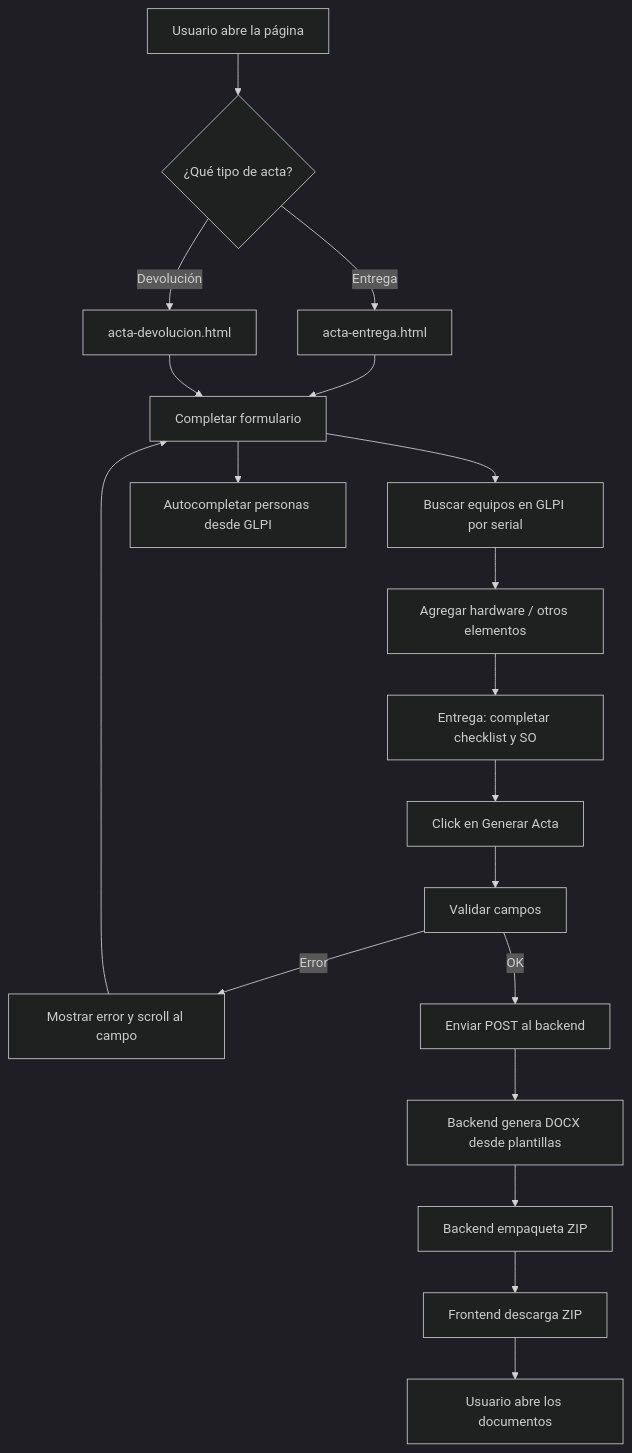
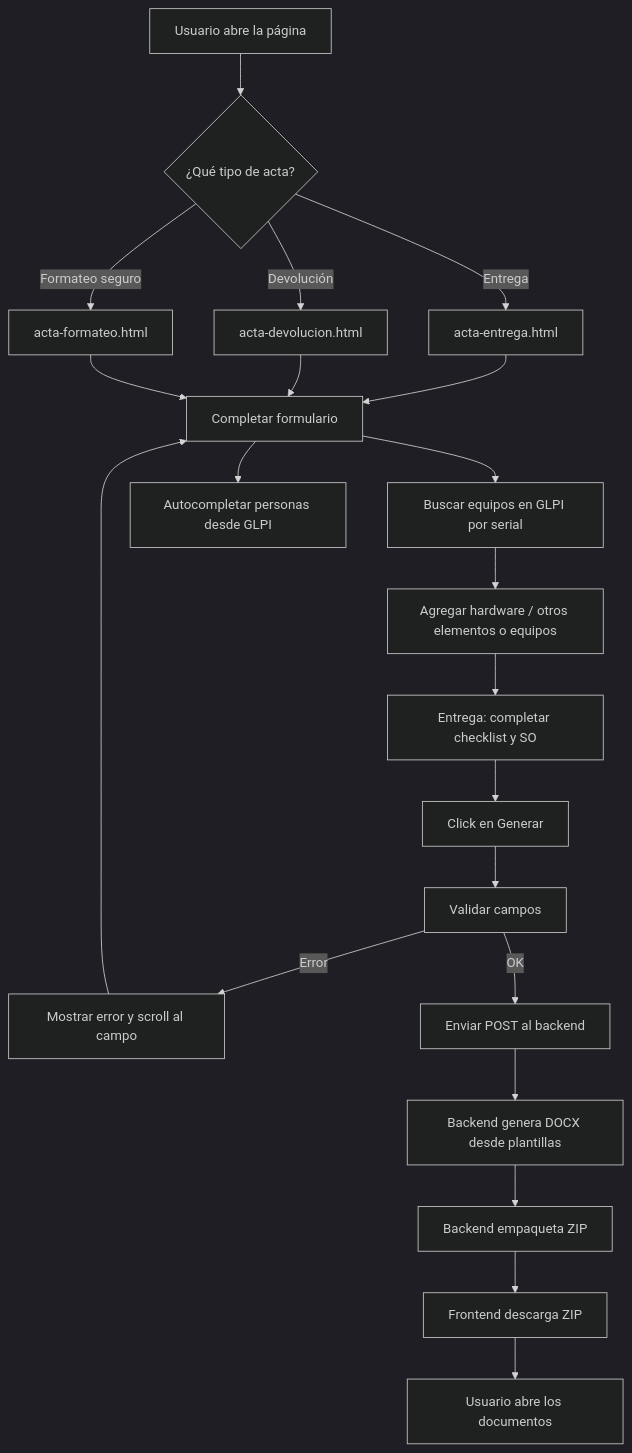
Before and after one commit to juanjosehc/actas-glpi: the first of 13 diagrams in FLUJO_FUNCIONAL.md, drawn with Mermaid (dark theme). The commit also changed other lines of this file and 11 other files, not shown here.

````diff
--- a/FLUJO_FUNCIONAL.md
+++ b/FLUJO_FUNCIONAL.md
@@ -22,21 +21,23 @@
 ```mermaid
 flowchart TD
-    A[Usuario abre la página] --> B{¿Qué tipo de acta?}
-    B -->|Entrega| C[acta-entrega.html]
-    B -->|Devolución| D[acta-devolucion.html]
-    C --> E[Completar formulario]
+    A["Usuario abre la página"] --> B{"¿Qué tipo de acta?"}
+    B -->|"Entrega"| C["acta-entrega.html"]
+    B -->|"Devolución"| D["acta-devolucion.html"]
+    B -->|"Formateo seguro"| E3["acta-formateo.html"]
+    C --> E["Completar formulario"]
     D --> E
-    E --> F[Buscar equipos en GLPI por serial]
-    E --> F2[Autocompletar personas desde GLPI]
-    F --> G[Agregar hardware / otros elementos]
-    G --> H[Entrega: completar checklist y SO]
-    H --> I[Click en Generar Acta]
-    I --> J[Validar campos]
-    J -->|Error| K[Mostrar error y scroll al campo]
+    E3 --> E
+    E --> F["Buscar equipos en GLPI por serial"]
+    E --> F2["Autocompletar personas desde GLPI"]
+    F --> G["Agregar hardware / otros elementos o equipos"]
+    G --> H["Entrega: completar checklist y SO"]
+    H --> I["Click en Generar"]
+    I --> J["Validar campos"]
+    J -->|"Error"| K["Mostrar error y scroll al campo"]
     K --> E
-    J -->|OK| L[Enviar POST al backend]
-    L --> M[Backend genera DOCX desde plantillas]
-    M --> N[Backend empaqueta ZIP]
-    N --> O[Frontend descarga ZIP]
-    O --> P[Usuario abre los documentos]
+    J -->|"OK"| L["Enviar POST al backend"]
+    L --> M["Backend genera DOCX desde plantillas"]
+    M --> N["Backend empaqueta ZIP"]
+    N --> O["Frontend descarga ZIP"]
+    O --> P["Usuario abre los documentos"]
 ```
````
